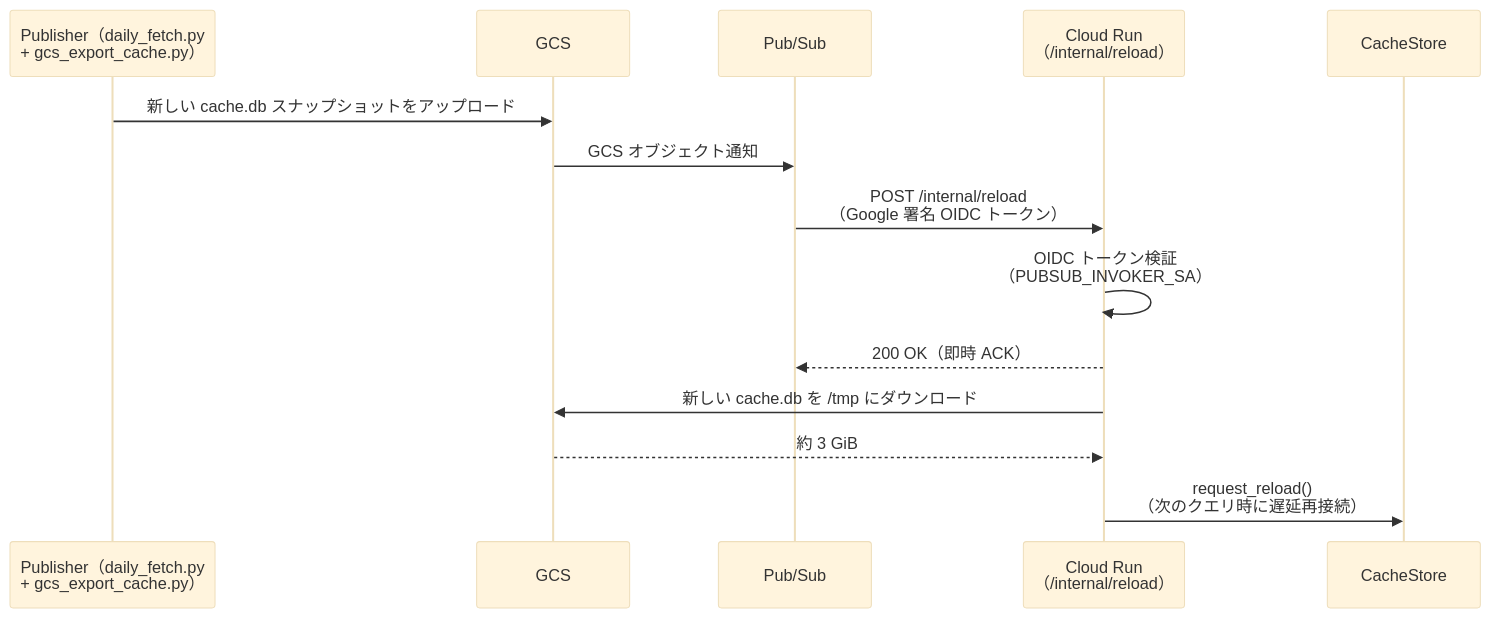
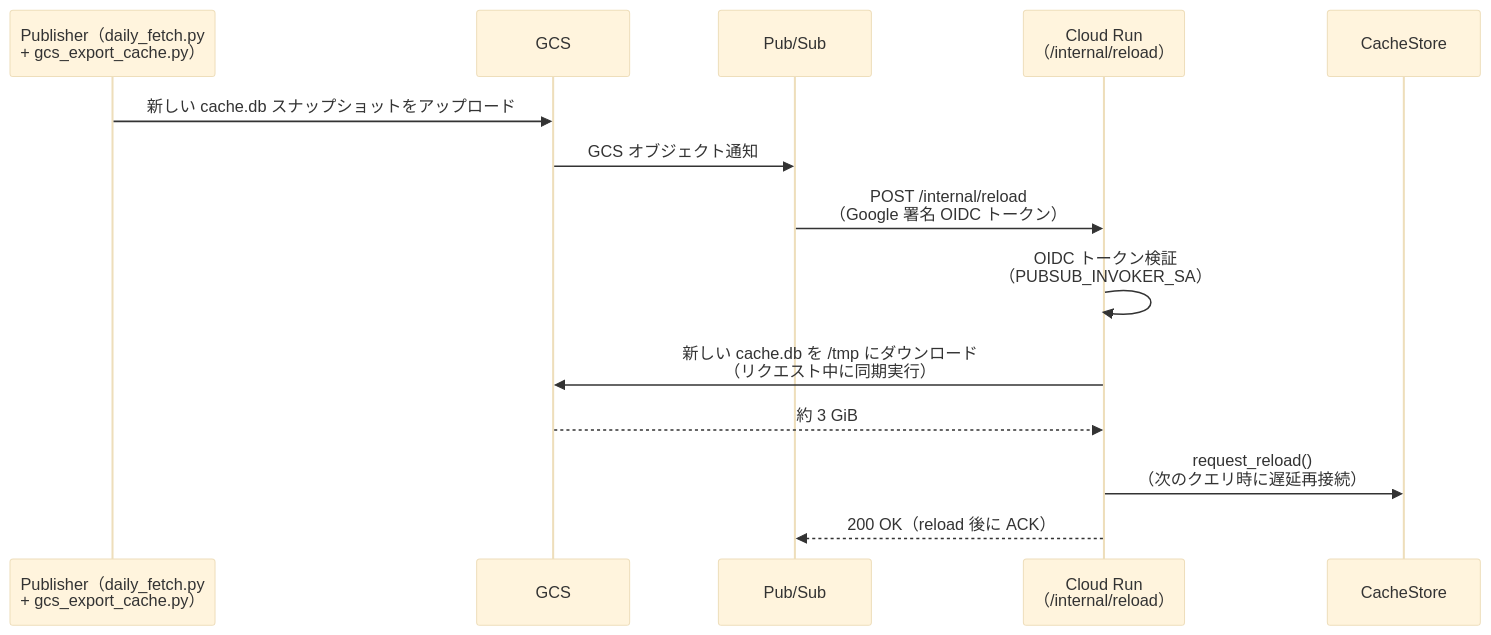
Before and after one commit to shigechika/jquants-mcp: the third of 4 diagrams in README.ja.md, drawn with Mermaid (base theme). The commit also changed other lines of this file and 4 other files, not shown here.

````diff
--- a/README.ja.md
+++ b/README.ja.md
@@ -946,17 +941,17 @@
 ```mermaid
 sequenceDiagram
     participant P as Publisher（daily_fetch.py<br/>+ gcs_export_cache.py）
     participant G as GCS
     participant PS as Pub/Sub
     participant CR as Cloud Run<br/>（/internal/reload）
     participant C as CacheStore
 
     P->>G: 新しい cache.db スナップショットをアップロード
     G->>PS: GCS オブジェクト通知
     PS->>CR: POST /internal/reload<br/>（Google 署名 OIDC トークン）
     CR->>CR: OIDC トークン検証<br/>（PUBSUB_INVOKER_SA）
-    CR-->>PS: 200 OK（即時 ACK）
-    CR->>G: 新しい cache.db を /tmp にダウンロード
+    CR->>G: 新しい cache.db を /tmp にダウンロード<br/>（リクエスト中に同期実行）
     G-->>CR: 約 3 GiB
     CR->>C: request_reload()<br/>（次のクエリ時に遅延再接続）
+    CR-->>PS: 200 OK（reload 後に ACK）
 ```
````
